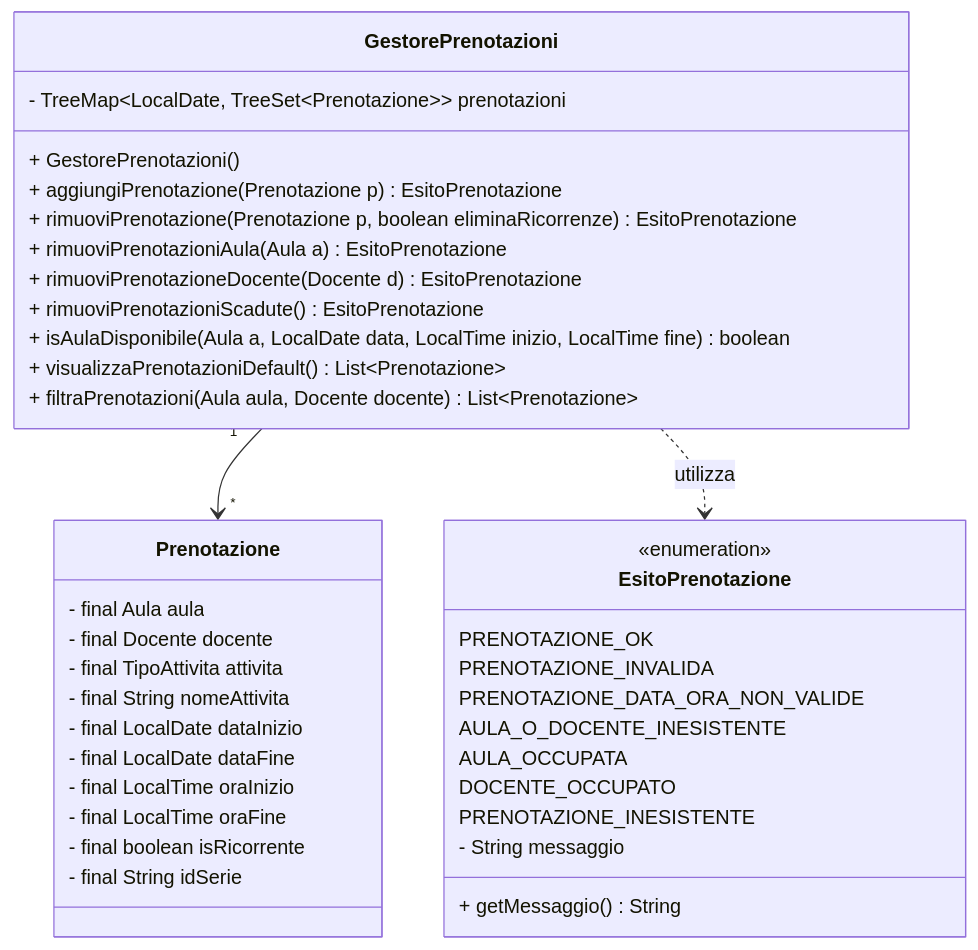
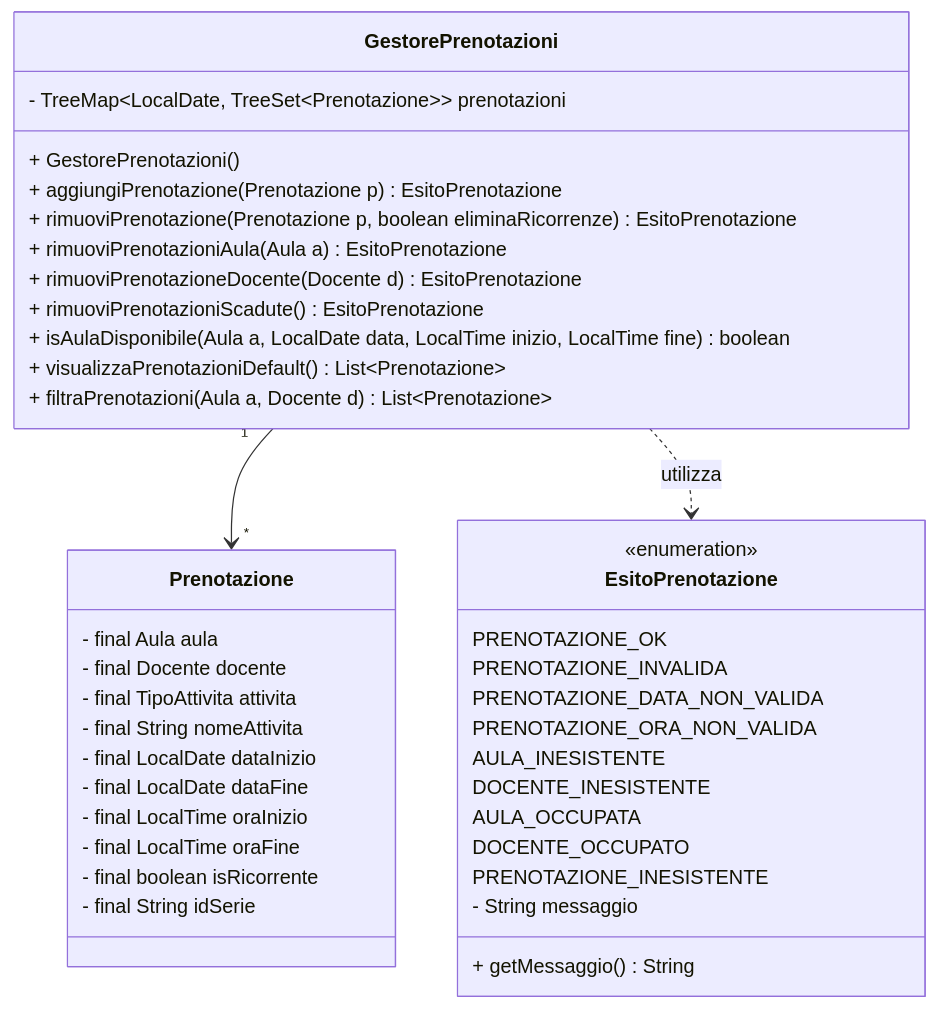
Before and after one commit to gcarbone48/PrenotazioneAule5: the diagram in diagrams/class diagrams/gestorePrenotazioniClass.md, drawn with Mermaid. The commit also changed 1 other file, not shown here.

Commit message:
FIX: sostituiti alcuni nomi, migliorato il rendering dei diagrammi Mermaid, aggiunto commenti

```diff
--- a/diagrams/class diagrams/gestorePrenotazioniClass.md
+++ b/diagrams/class diagrams/gestorePrenotazioniClass.md
@@ -49,7 +49,7 @@
         %% aula != null / docente != null --> filtra aula
         %% aula != null / docente != null --> filtra x entrambi
         %% aula == null / docente == null --> === visualizzaPrenotazioniDefault()
-        + filtraPrenotazioni(Aula aula, Docente docente) List~Prenotazione~
+        + filtraPrenotazioni(Aula a, Docente d) List~Prenotazione~
 
 
     }
@@ -64,11 +64,11 @@
         PRENOTAZIONE_INVALIDA 
         
         %% data e ora non valide
-        PRENOTAZIONE_DATA_ORA_NON_VALIDE
-
+        PRENOTAZIONE_DATA_NON_VALIDA
+        PRENOTAZIONE_ORA_NON_VALIDA
         %% aula o docente inesistente...
-        AULA_O_DOCENTE_INESISTENTE 
-        
+        AULA_INESISTENTE
+        DOCENTE_INESISTENTE
         %% aula occupata per l'occorrenza
         AULA_OCCUPATA
 
```
